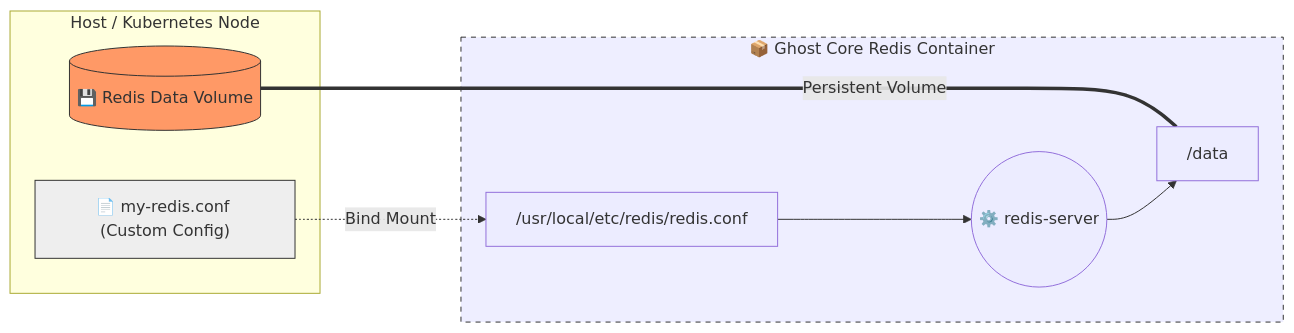
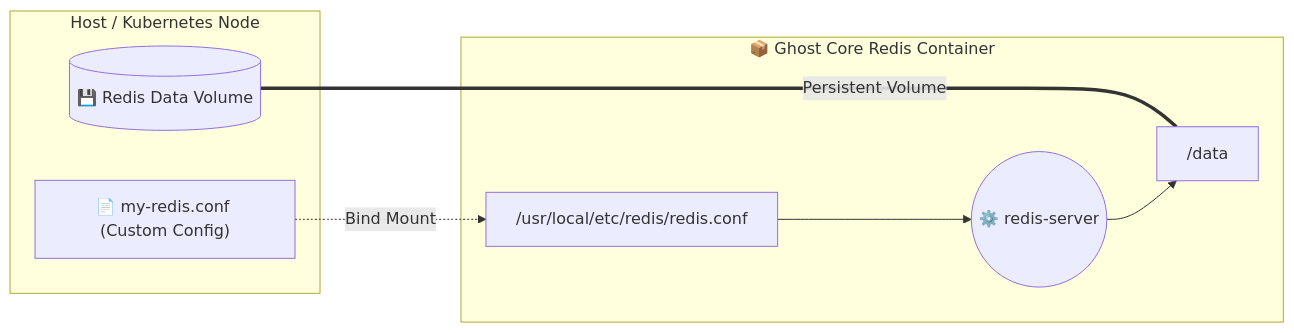
One commit to taha2samy/Ghost-Core changed the diagram in redis/readme.md. Above: the diagram before and after it, drawn with Mermaid.

````diff
--- a/redis/readme.md
+++ b/redis/readme.md
@@ -155,20 +155,17 @@
 ```mermaid
 flowchart LR
  subgraph Host["Host / Kubernetes Node"]
         HostConfig["📄 my-redis.conf (Custom Config)"]
         HostData[("💾 Redis Data Volume")]
   end
  subgraph Container["📦 Ghost Core Redis Container"]
         ConfigPath["/usr/local/etc/redis/redis.conf"]
         DataPath["/data"]
         Process(("⚙️ redis-server"))
   end
     HostConfig -. Bind Mount .-> ConfigPath
     HostData == Persistent Volume === DataPath
     ConfigPath --> Process
     Process --> DataPath
 
-    style HostConfig fill:#eee,stroke:#333
-    style HostData fill:#f96,stroke:#333
-    style Container fill:#eef,stroke:#333,stroke-dasharray: 5 5
 ```
````
